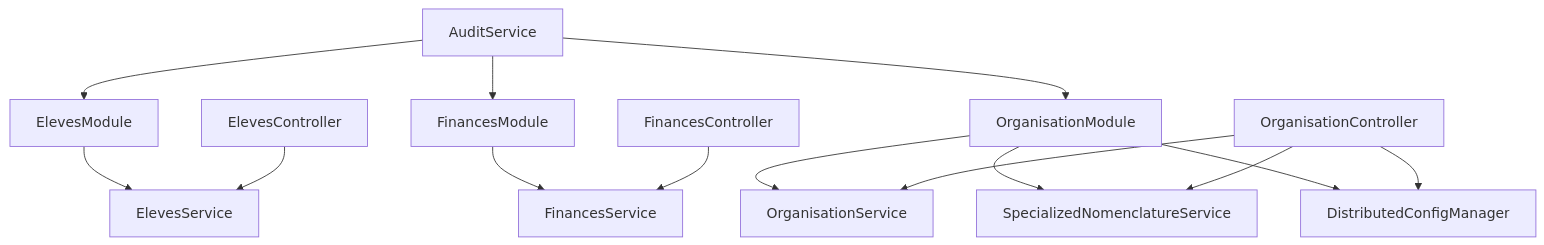
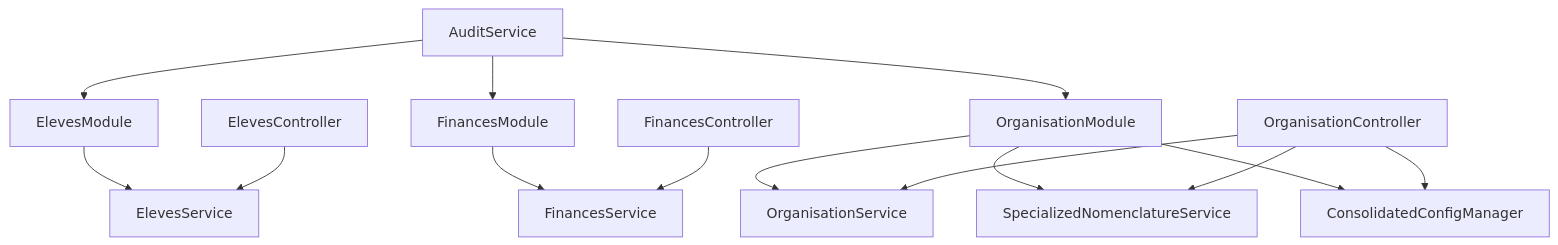
Before and after one commit to franckylab/eLISAschool: diagram 16 of 19 in .qoder/repowiki/en/content/System Architecture/Backend Architecture/Backend Architecture.md, drawn with Mermaid. The commit also changed other lines of this file and 97 other files, not shown here.

````diff
--- a/.qoder/repowiki/en/content/System Architecture/Backend Architecture/Backend Architecture.md
+++ b/.qoder/repowiki/en/content/System Architecture/Backend Architecture/Backend Architecture.md
@@ -626,16 +652,16 @@
 ```mermaid
 graph TB
 ModA["ElevesModule"] --> ProvA["ElevesService"]
 ModB["FinancesModule"] --> ProvB["FinancesService"]
 ModC["OrganisationModule"] --> ProvC["OrganisationService"]
 ModC --> ProvD["SpecializedNomenclatureService"]
-ModC --> ProvE["DistributedConfigManager"]
+ModC --> ProvE["ConsolidatedConfigManager"]
 Shared["AuditService"] --> ModA
 Shared --> ModB
 Shared --> ModC
 CtrlA["ElevesController"] --> ProvA
 CtrlB["FinancesController"] --> ProvB
 CtrlC["OrganisationController"] --> ProvC
 CtrlC --> ProvD
 CtrlC --> ProvE
 ```
````
